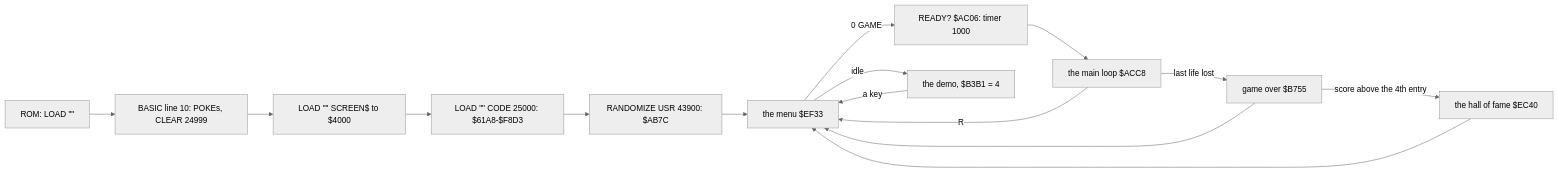
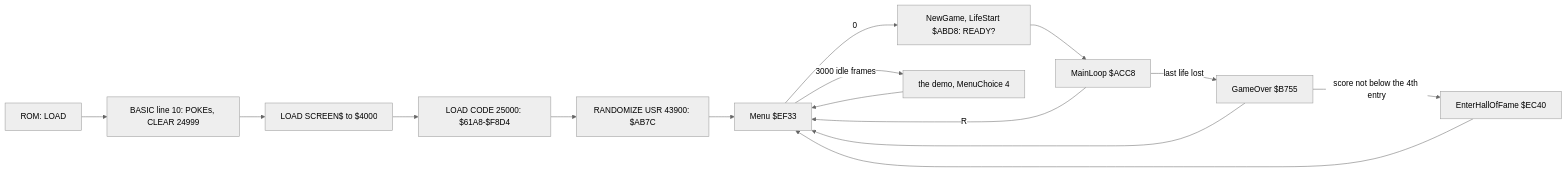
Before and after one commit to alfishe/unrealng-reverse-cases: the fourth of 4 diagrams in games/bumpy/docs/02-architecture.md, drawn with Mermaid (neutral theme). The commit also changed other lines of this file and 98 other files, not shown here.

````diff
--- a/games/bumpy/docs/02-architecture.md
+++ b/games/bumpy/docs/02-architecture.md
@@ -145,17 +404,17 @@
 ```mermaid
 flowchart LR
-    A["ROM: LOAD #quot;#quot;"] --> B["BASIC line 10: POKEs, CLEAR 24999"]
-    B --> C["LOAD #quot;#quot; SCREEN$ to $4000"]
-    C --> D["LOAD #quot;#quot; CODE 25000: $61A8-$F8D3"]
+    A["ROM: LOAD"] --> B["BASIC line 10: POKEs, CLEAR 24999"]
+    B --> C["LOAD SCREEN$ to $4000"]
+    C --> D["LOAD CODE 25000: $61A8-$F8D4"]
     D --> E["RANDOMIZE USR 43900: $AB7C"]
-    E --> F["the menu $EF33"]
-    F -->|"0 GAME"| G["READY? $AC06: timer 1000"]
-    F -->|"idle"| H["the demo, $B3B1 = 4"]
-    H -->|"a key"| F
-    G --> I["the main loop $ACC8"]
-    I -->|"last life lost"| J["game over $B755"]
-    J -->|"score above the 4th entry"| K["the hall of fame $EC40"]
+    E --> F["Menu $EF33"]
+    F -->|"0"| G["NewGame, LifeStart $ABD8: READY?"]
+    F -->|"3000 idle frames"| H["the demo, MenuChoice 4"]
+    H --> F
+    G --> I["MainLoop $ACC8"]
+    I -->|"last life lost"| J["GameOver $B755"]
+    J -->|"score not below the 4th entry"| K["EnterHallOfFame $EC40"]
     J --> F
     K --> F
     I -->|"R"| F
 ```
````
